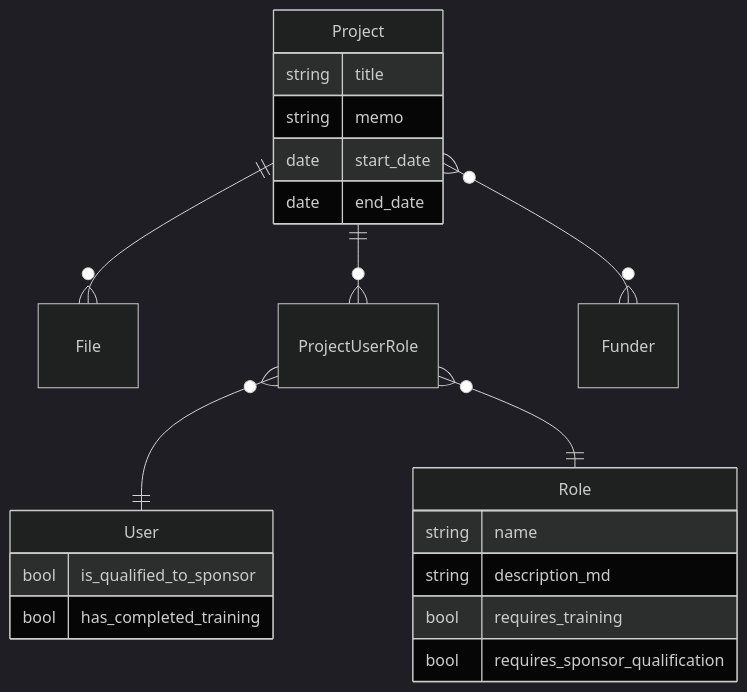
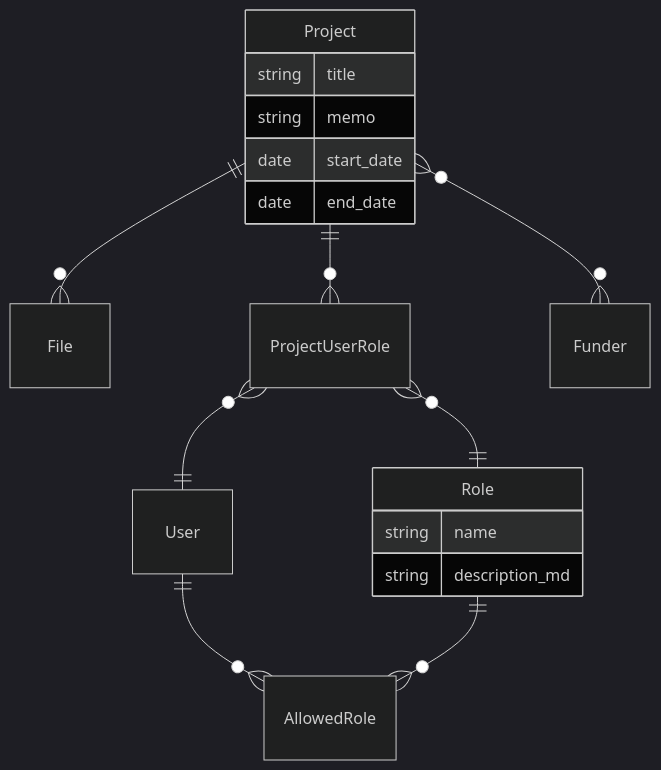
Before and after one commit to pulibrary/tigerdata-app: the diagram in README.md, drawn with Mermaid (dark theme).

Commit message:
Add AllowedRole; remove booleans

````diff
--- a/README.md
+++ b/README.md
@@ -16,27 +16,22 @@
 ```mermaid
 erDiagram
   Project ||--o{ File : ""
   Project ||--o{ ProjectUserRole : ""
   ProjectUserRole }o--|| User : ""
   ProjectUserRole }o--|| Role : ""
   Project }o--o{ Funder : ""
+  User ||--o{ AllowedRole : ""
+  Role ||--o{ AllowedRole :  ""
 
   Project {
     string title
     string memo
     date start_date
     date end_date
   }
 
   Role {
     string name
     string description_md
-    bool requires_training
-    bool requires_sponsor_qualification
-  }
-
-  User {
-    bool is_qualified_to_sponsor
-    bool has_completed_training
   }
 ```
````
